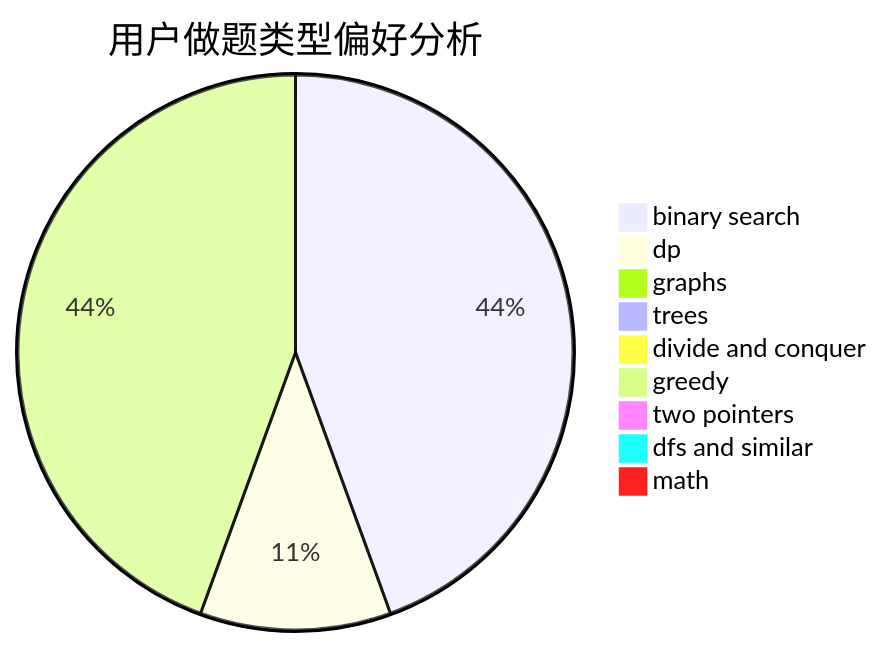
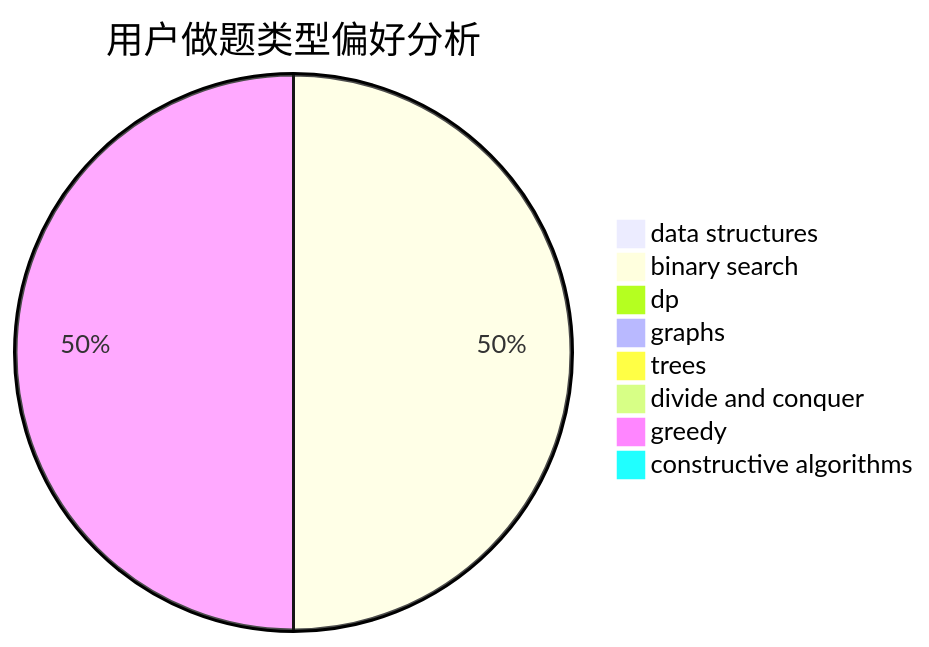
The second of 3 diagrams in docs/user/u669.md (sherpahu/cfrs.github.io), drawn with Mermaid before and after one commit. The commit also changed other lines of this file and 2775 other files, not shown here.

````diff
--- a/docs/user/u669.md
+++ b/docs/user/u669.md
@@ -23,12 +23,11 @@
 ```mermaid
 pie title 用户做题类型偏好分析
+    "data structures" :  0
     "binary search" :  4
-    "dp" :  1
+    "dp" :  0
     "graphs" :  0
     "trees" :  0
     "divide and conquer" :  0
     "greedy" :  4
-    "two pointers" :  0
-    "dfs and similar" :  0
-    "math" :  0
+    "constructive algorithms" :  0
 ```
````
